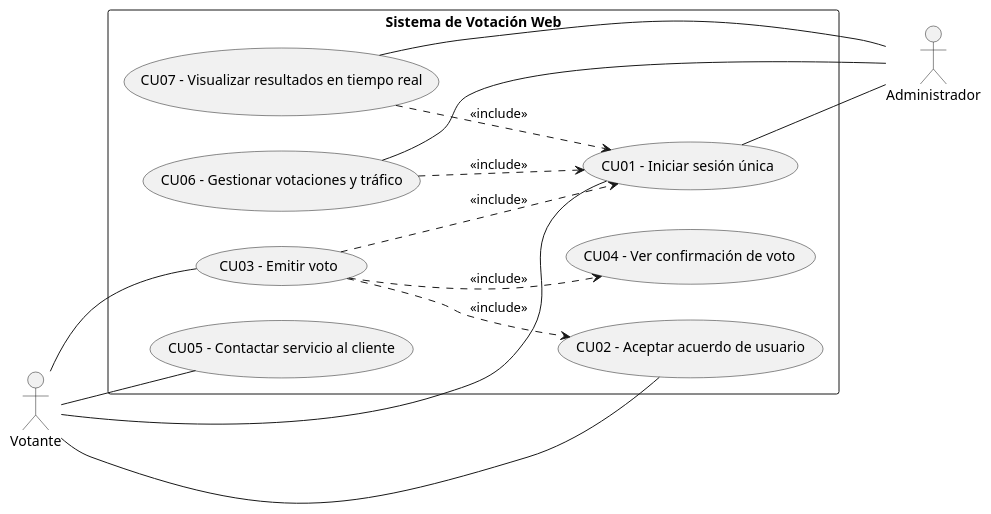
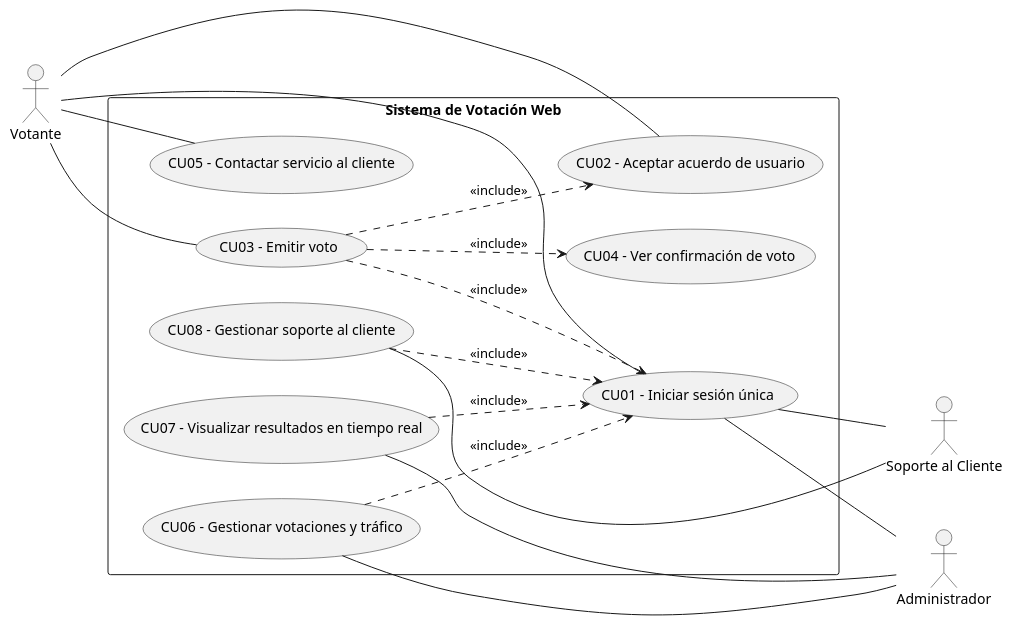
One commit to juansuarezb/sistema-votacion-web changed the diagram in docs/Casos de Uso/CasosDeUso.puml. Above: the diagram before and after it, drawn with PlantUML.

Commit message:
docs: agregación de soporte al cliente en el diagrama de casos de uso.

```diff
--- a/docs/Casos de Uso/CasosDeUso.puml
+++ b/docs/Casos de Uso/CasosDeUso.puml
@@ -1,34 +1,41 @@
 @startuml
 left to right direction
 skinparam packageStyle rectangle
 
 actor "Votante" as Votante
 actor "Administrador" as Admin
+actor "Soporte al Cliente" as Soporte
 
 rectangle "Sistema de Votación Web" {
     usecase "CU01 - Iniciar sesión única" as CU01
     usecase "CU02 - Aceptar acuerdo de usuario" as CU02
     usecase "CU03 - Emitir voto" as CU03
     usecase "CU04 - Ver confirmación de voto" as CU04
     usecase "CU05 - Contactar servicio al cliente" as CU05
     usecase "CU06 - Gestionar votaciones y tráfico" as CU06
     usecase "CU07 - Visualizar resultados en tiempo real" as CU07
+    usecase "CU08 - Gestionar soporte al cliente" as CU08
 }
 
 Votante -down- CU01
 Votante -down- CU02
 Votante -down- CU03
 Votante -down- CU05
 
 CU03 ..> CU01 : <<include>>
 CU03 ..> CU02 : <<include>>
 CU03 ..> CU04 : <<include>>
 
 Admin -up- CU01
 Admin -up- CU06
 Admin -up- CU07
 
 CU06 ..> CU01 : <<include>>
 CU07 ..> CU01 : <<include>>
 
+Soporte -up- CU01
+Soporte -up- CU08
+
+CU08 ..> CU01 : <<include>>
+
 @enduml
```
